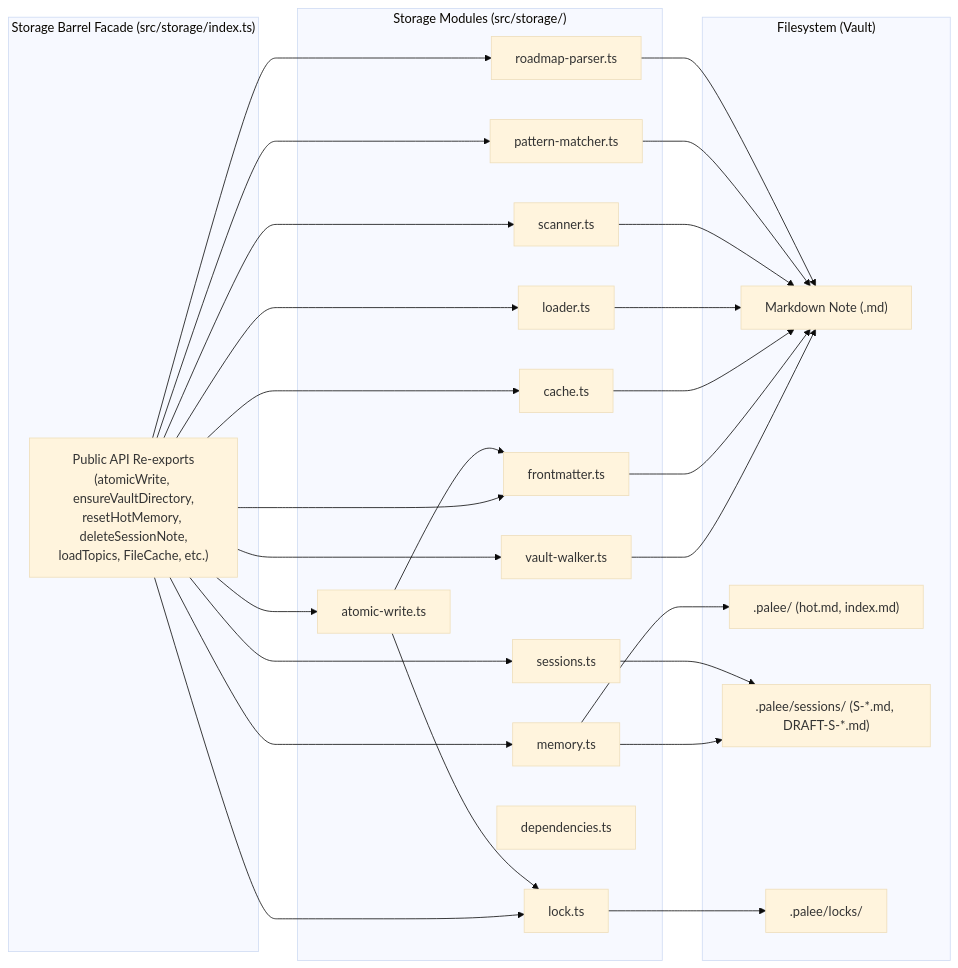
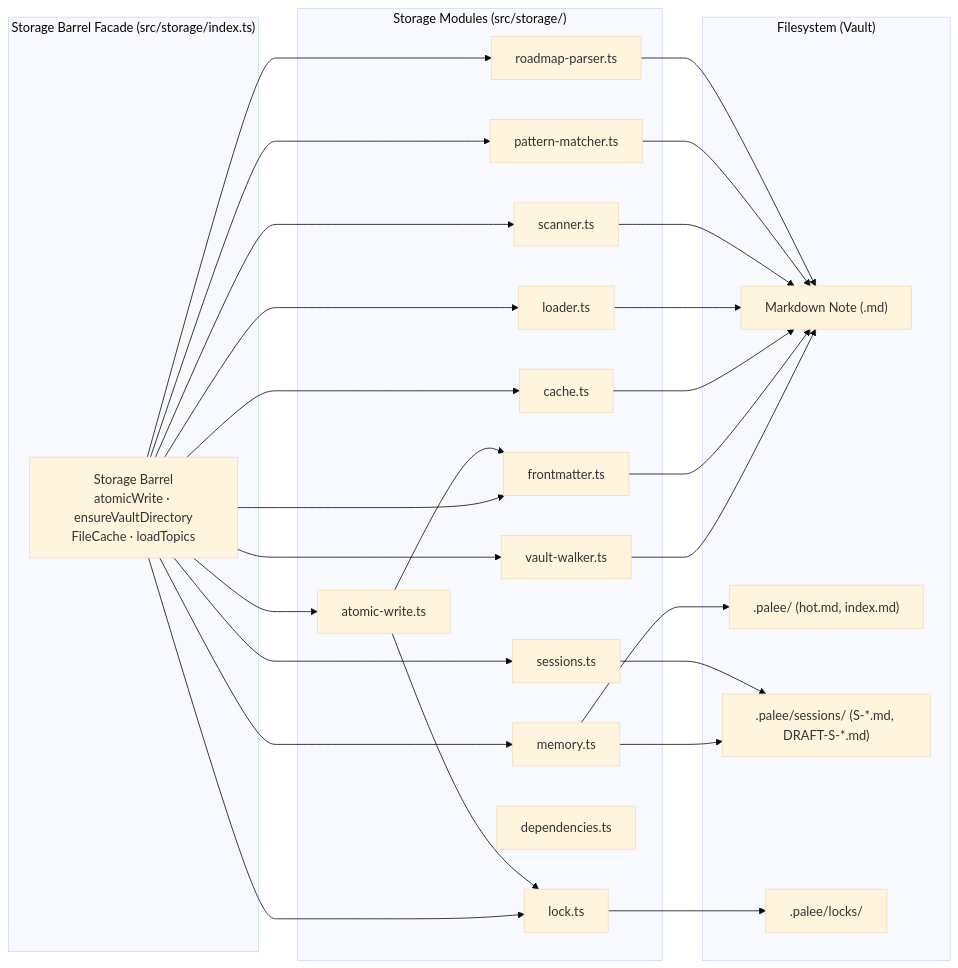
One commit to Kuldeep2822k/cli changed the first of 2 diagrams in docs/04-0-storage-layer.md. Above: the diagram before and after it, drawn with Mermaid (base theme). The commit also changed other lines of this file and 77 other files, not shown here.

````diff
--- a/docs/04-0-storage-layer.md
+++ b/docs/04-0-storage-layer.md
@@ -36,40 +40,40 @@
 ```mermaid
 flowchart LR
     subgraph subGraphFacade ["Storage Barrel Facade (src/storage/index.ts)"]
-        Facade["Public API Re-exports<br/>(atomicWrite, ensureVaultDirectory,<br/>resetHotMemory, deleteSessionNote,<br/>loadTopics, FileCache, etc.)"]
+        Facade["Storage Barrel<br/>atomicWrite · ensureVaultDirectory<br/>FileCache · loadTopics"]
     end
     subgraph subGraph1 ["Storage Modules (src/storage/)"]
         VW["vault-walker.ts"]
         FM["frontmatter.ts"]
         AW["atomic-write.ts"]
         LC["lock.ts"]
         CH["cache.ts"]
         MEM["memory.ts"]
         LD["loader.ts"]
         SC["scanner.ts"]
         PM["pattern-matcher.ts"]
         RP["roadmap-parser.ts"]
         DP["dependencies.ts"]
         SS["sessions.ts"]
     end
     subgraph subGraph0 ["Filesystem (Vault)"]
         Note["Markdown Note (.md)"]
         PaleeDir[".palee/ (hot.md, index.md)"]
         SessionsDir[".palee/sessions/ (S-*.md, DRAFT-S-*.md)"]
         LockDir[".palee/locks/"]
     end
     
     Facade --> VW & FM & AW & LC & CH & MEM & LD & SC & PM & RP & SS
     VW --> Note
     FM --> Note
     AW --> FM
     AW --> LC
     LC --> LockDir
     CH --> Note
     MEM --> PaleeDir & SessionsDir
     LD --> Note
     SC --> Note
     PM --> Note
     RP --> Note
     SS --> SessionsDir
 ```
````
